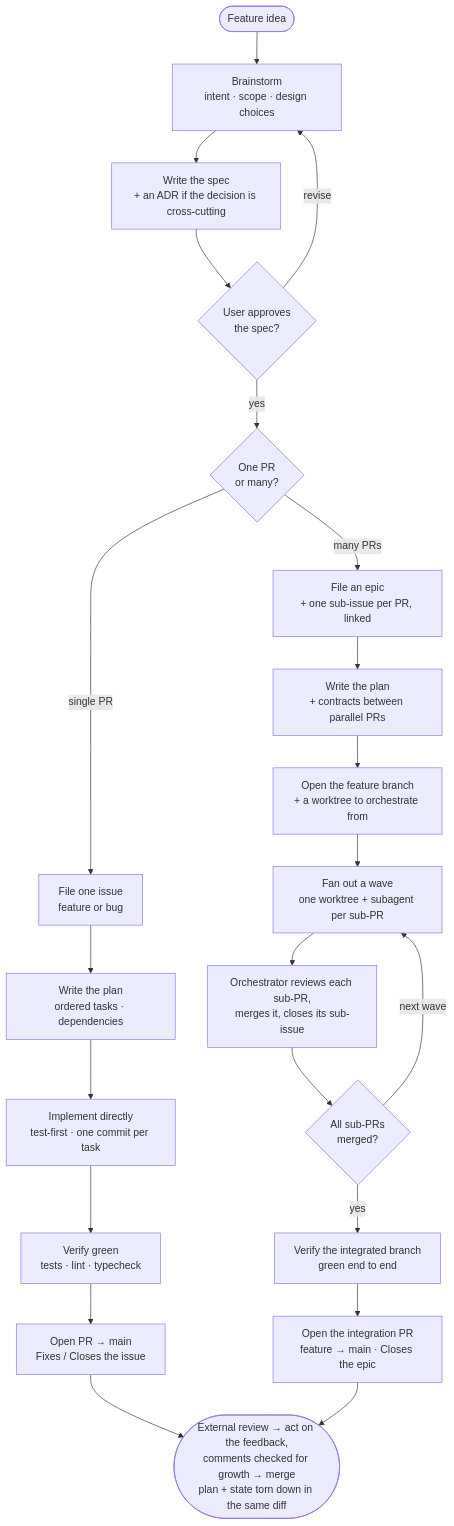
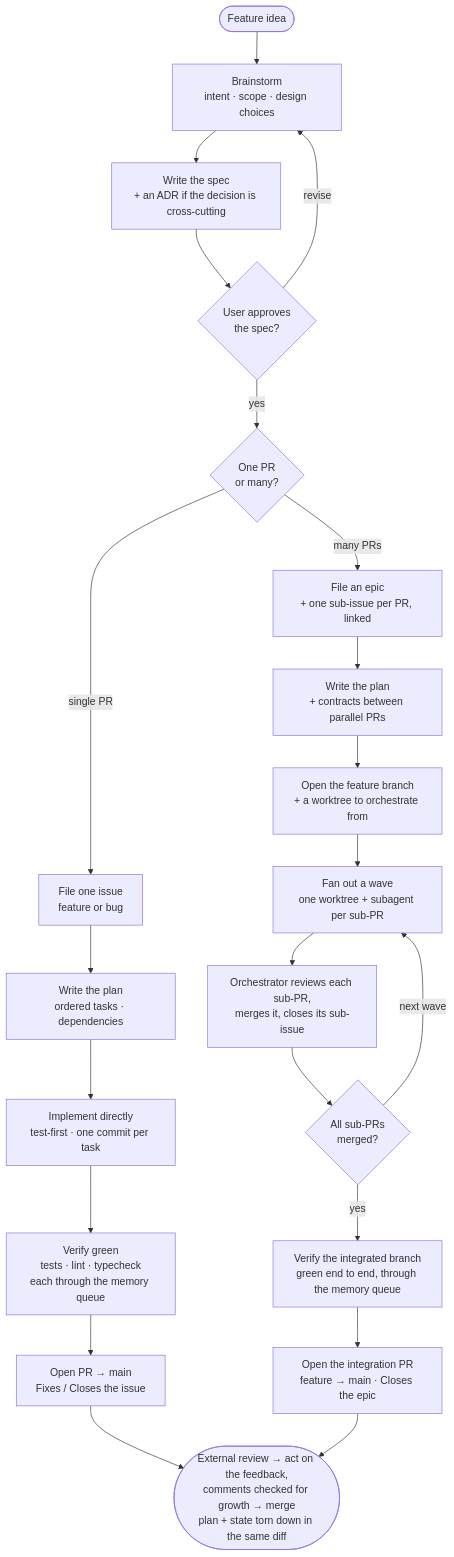
One commit to sourcehawk/feature-dev-workflow changed the diagram in README.md. Above: the diagram before and after it, drawn with Mermaid. The commit also changed other lines of this file and 7 other files, not shown here.

````diff
--- a/README.md
+++ b/README.md
@@ -49,27 +50,27 @@
 ```mermaid
 flowchart TD
     Start([Feature idea]) --> BS[Brainstorm<br/>intent · scope · design choices]
     BS --> Spec[Write the spec<br/>+ an ADR if the decision is cross-cutting]
     Spec --> Approve{User approves<br/>the spec?}
     Approve -->|revise| BS
     Approve -->|yes| Shape{One PR<br/>or many?}
 
     Shape -->|single PR| IssueOne[File one issue<br/>feature or bug]
     IssueOne --> PlanS[Write the plan<br/>ordered tasks · dependencies]
     PlanS --> Build[Implement directly<br/>test-first · one commit per task]
-    Build --> VerifyS[Verify green<br/>tests · lint · typecheck]
+    Build --> VerifyS[Verify green<br/>tests · lint · typecheck<br/>each through the memory queue]
     VerifyS --> PR1[Open PR → main<br/>Fixes / Closes the issue]
 
     Shape -->|many PRs| Epic[File an epic<br/>+ one sub-issue per PR, linked]
     Epic --> PlanM[Write the plan<br/>+ contracts between parallel PRs]
     PlanM --> Branch[Open the feature branch<br/>+ a worktree to orchestrate from]
     Branch --> Wave[Fan out a wave<br/>one worktree + subagent per sub-PR]
     Wave --> Merge[Orchestrator reviews each sub-PR,<br/>merges it, closes its sub-issue]
     Merge --> Done{All sub-PRs<br/>merged?}
     Done -->|next wave| Wave
-    Done -->|yes| VerifyM[Verify the integrated branch<br/>green end to end]
+    Done -->|yes| VerifyM[Verify the integrated branch<br/>green end to end, through the memory queue]
     VerifyM --> PR2[Open the integration PR<br/>feature → main · Closes the epic]
 
     PR1 --> Ship([External review → act on the feedback,<br/>comments checked for growth → merge<br/>plan + state torn down in the same diff])
     PR2 --> Ship
 ```
````
